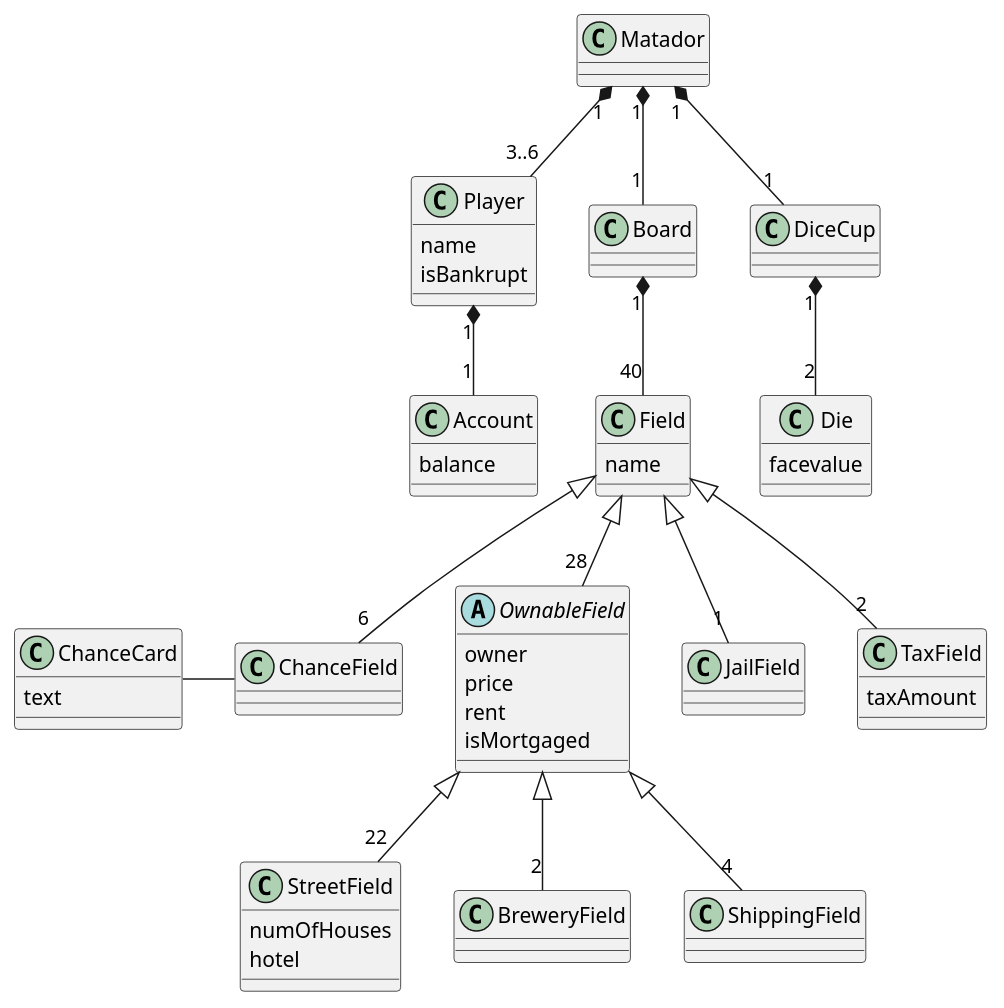
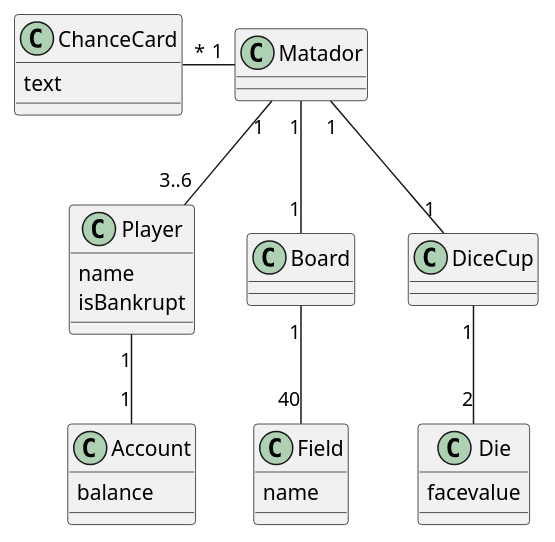
One commit to GabeKierk889/gruppe-18 changed the diagram in 18_final/UML/DomainModel.puml. Above: the diagram before and after it, drawn with PlantUML.

Commit message:
Updated DM - simple and no programming elements

```diff
--- a/18_final/UML/DomainModel.puml
+++ b/18_final/UML/DomainModel.puml
@@ -1,87 +1,49 @@
 @startuml
 'https://plantuml.com/class-diagram
 skinparam classAttributeIconSize 0
 
 class Matador {
 
 }
 
 class Player {
     name
     isBankrupt
 }
 
 class Board {
 
 }
 
 class Field {
     name
 }
 
 class Account {
     balance
 }
 
 class DiceCup {
 
 }
 
 class Die {
     facevalue
 
 }
 
 class ChanceCard {
     text
 }
 
-abstract class OwnableField {
-        owner
-        price
-        rent
-        isMortgaged
-}
+Matador "1" -- "1" Board
+Matador "1" -- "1" DiceCup
+Matador "1" -- "3..6" Player
+Player "1" -- "1" Account
+Board "1" -- "40" Field
+ChanceCard "*" - "1" Matador
+DiceCup "1" -- "2" Die
 
-class StreetField {
-    numOfHouses
-    hotel
-}
-
-class BreweryField {
-
-}
-
-class ShippingField {
-
-}
-
-class ChanceField {
-
-}
-
-class JailField {
-
-}
-
-class TaxField {
-    taxAmount
-}
-
-Matador "1" *-- "1" Board
-Matador "1" *-- "1" DiceCup
-Matador "1" *-- "3..6" Player
-Player "1" *-- "1" Account
-Board "1" *-- "40" Field
-OwnableField <|-- "22" StreetField
-Field <|-- "6" ChanceField
-Field <|-- "1" JailField
-ChanceCard - ChanceField
-DiceCup "1" *-- "2" Die
-Field <|-- "28" OwnableField
-OwnableField <|-- "2" BreweryField
-OwnableField <|-- "4" ShippingField
-Field <|-- "2" TaxField
 
 
 @enduml
```
